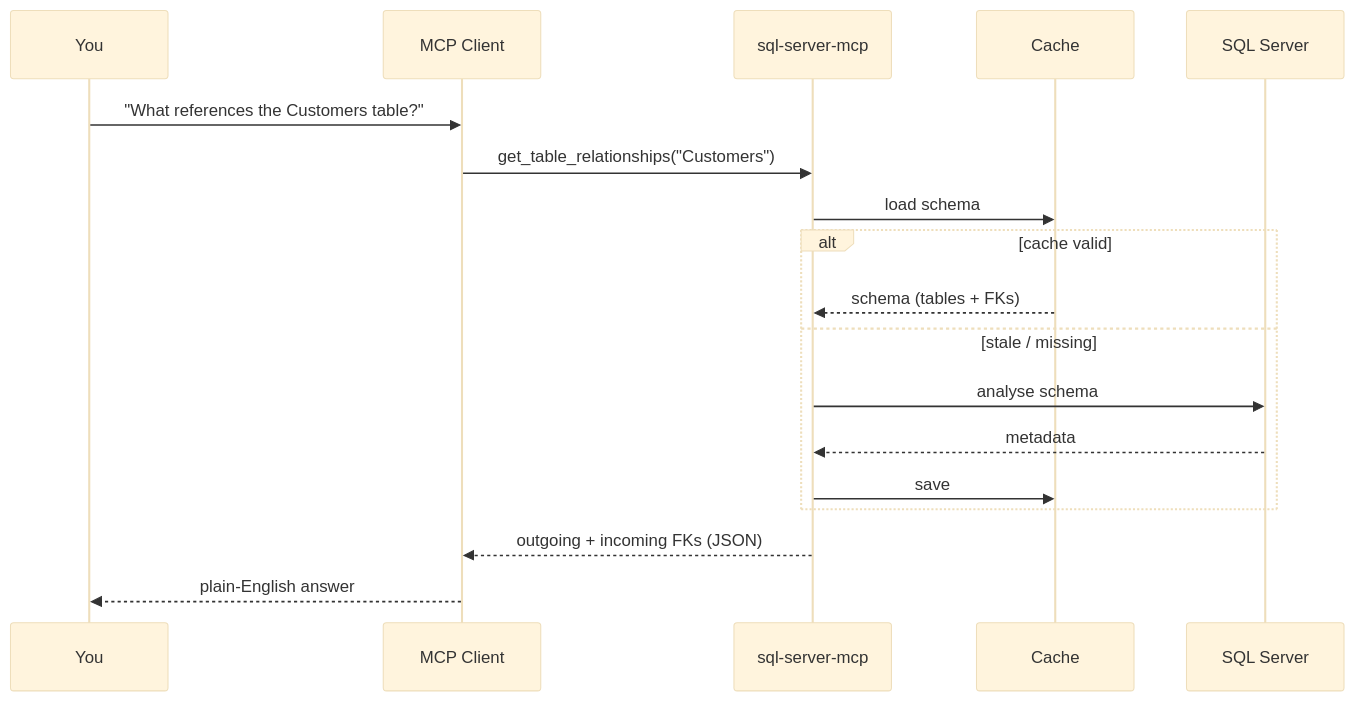
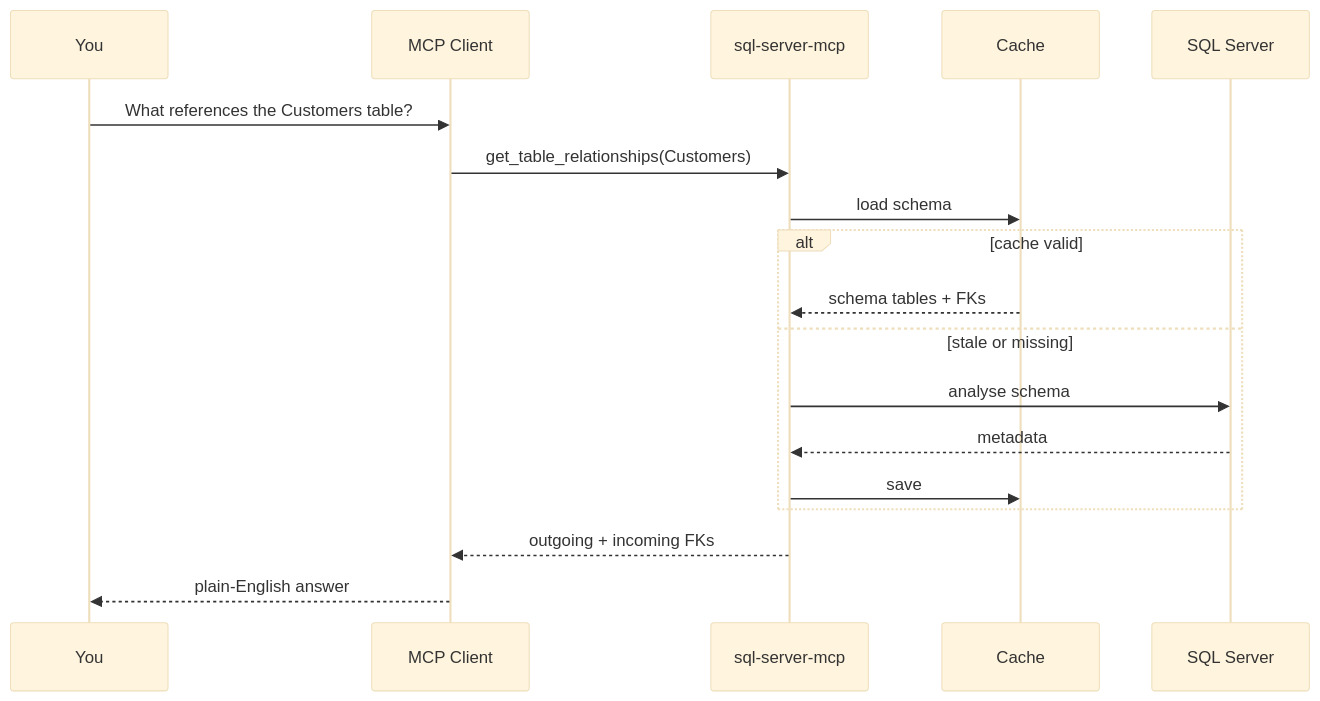
The second of 2 diagrams in README.md (kuldip-infinnium/sql-server-mcp), drawn with Mermaid (base theme) before and after one commit. The commit also changed other lines of this file, not shown here.

First line of the commit message:
Fix Mermaid diagrams to render on GitHub

````diff
--- a/README.md
+++ b/README.md
@@ -106,21 +106,21 @@
 ```mermaid
 sequenceDiagram
     participant You
     participant Claude as MCP Client
     participant MCP as sql-server-mcp
     participant Cache
     participant DB as SQL Server
 
-    You->>Claude: "What references the Customers table?"
-    Claude->>MCP: get_table_relationships("Customers")
+    You->>Claude: What references the Customers table?
+    Claude->>MCP: get_table_relationships(Customers)
     MCP->>Cache: load schema
     alt cache valid
-        Cache-->>MCP: schema (tables + FKs)
-    else stale / missing
+        Cache-->>MCP: schema tables + FKs
+    else stale or missing
         MCP->>DB: analyse schema
         DB-->>MCP: metadata
         MCP->>Cache: save
     end
-    MCP-->>Claude: outgoing + incoming FKs (JSON)
+    MCP-->>Claude: outgoing + incoming FKs
     Claude-->>You: plain-English answer
 ```
````
